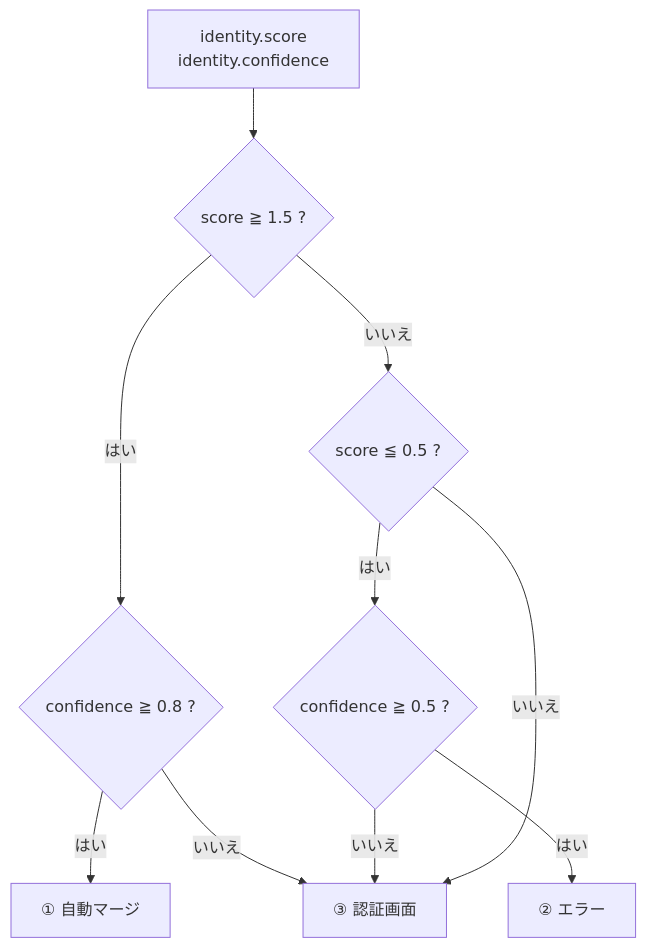
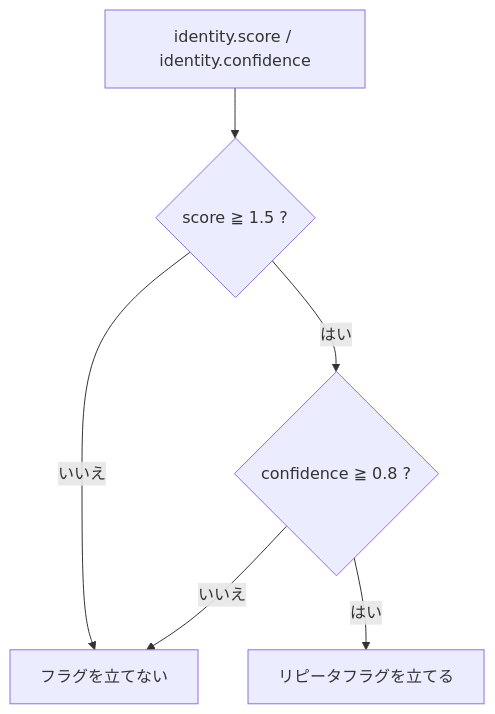
The third of 3 diagrams in docs/name-matching.md (okamoto53515606/dot-), drawn with Mermaid before and after one commit. The commit also changed other lines of this file, not shown here.

````diff
--- a/docs/name-matching.md
+++ b/docs/name-matching.md
@@ -128,12 +144,8 @@
 ```mermaid
 flowchart TD
-    S["identity.score<br/>identity.confidence"] --> C1{"score ≧ 1.5 ?"}
+    S["identity.score / identity.confidence"] --> C1{"score ≧ 1.5 ?"}
+    C1 -->|"いいえ"| N["フラグを立てない"]
     C1 -->|"はい"| C2{"confidence ≧ 0.8 ?"}
-    C2 -->|"はい"| M["① 自動マージ"]
-    C2 -->|"いいえ"| AU["③ 認証画面"]
-    C1 -->|"いいえ"| C3{"score ≦ 0.5 ?"}
-    C3 -->|"はい"| C4{"confidence ≧ 0.5 ?"}
-    C4 -->|"はい"| R["② エラー"]
-    C4 -->|"いいえ"| AU
-    C3 -->|"いいえ"| AU
+    C2 -->|"はい"| F["リピータフラグを立てる"]
+    C2 -->|"いいえ"| N
 ```
````
